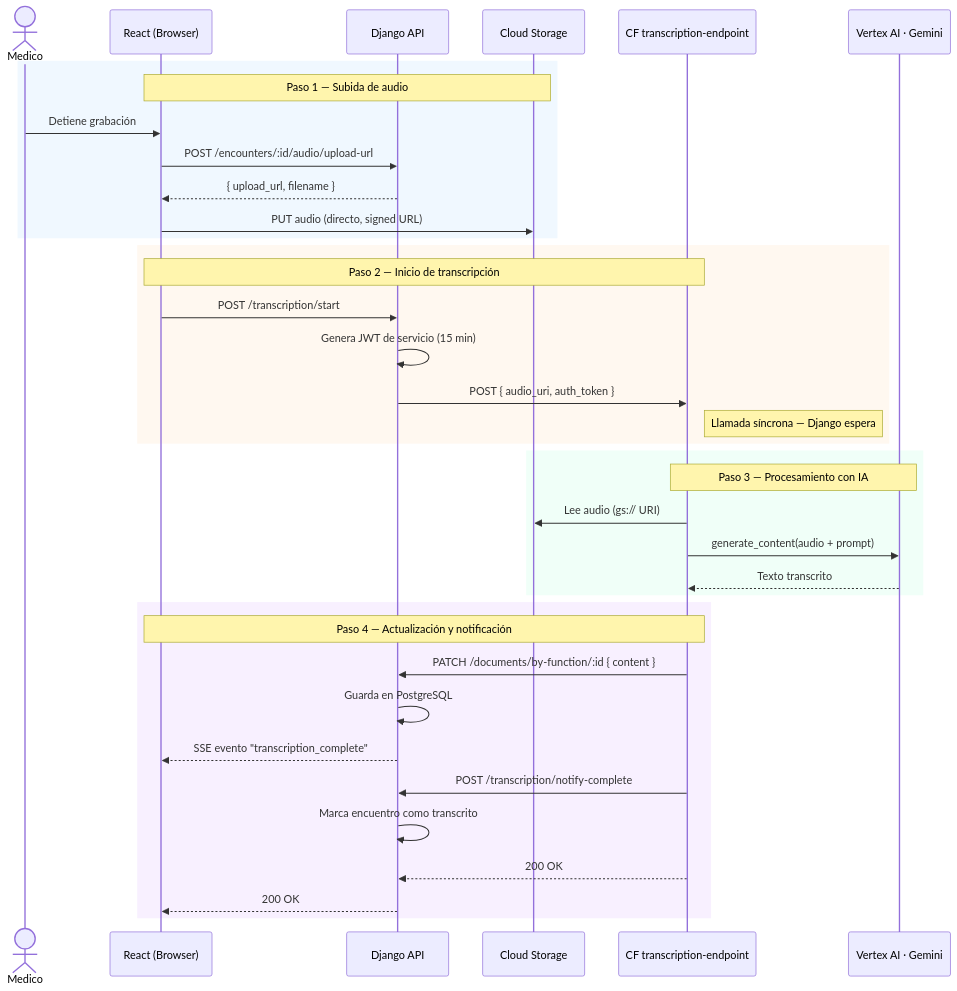
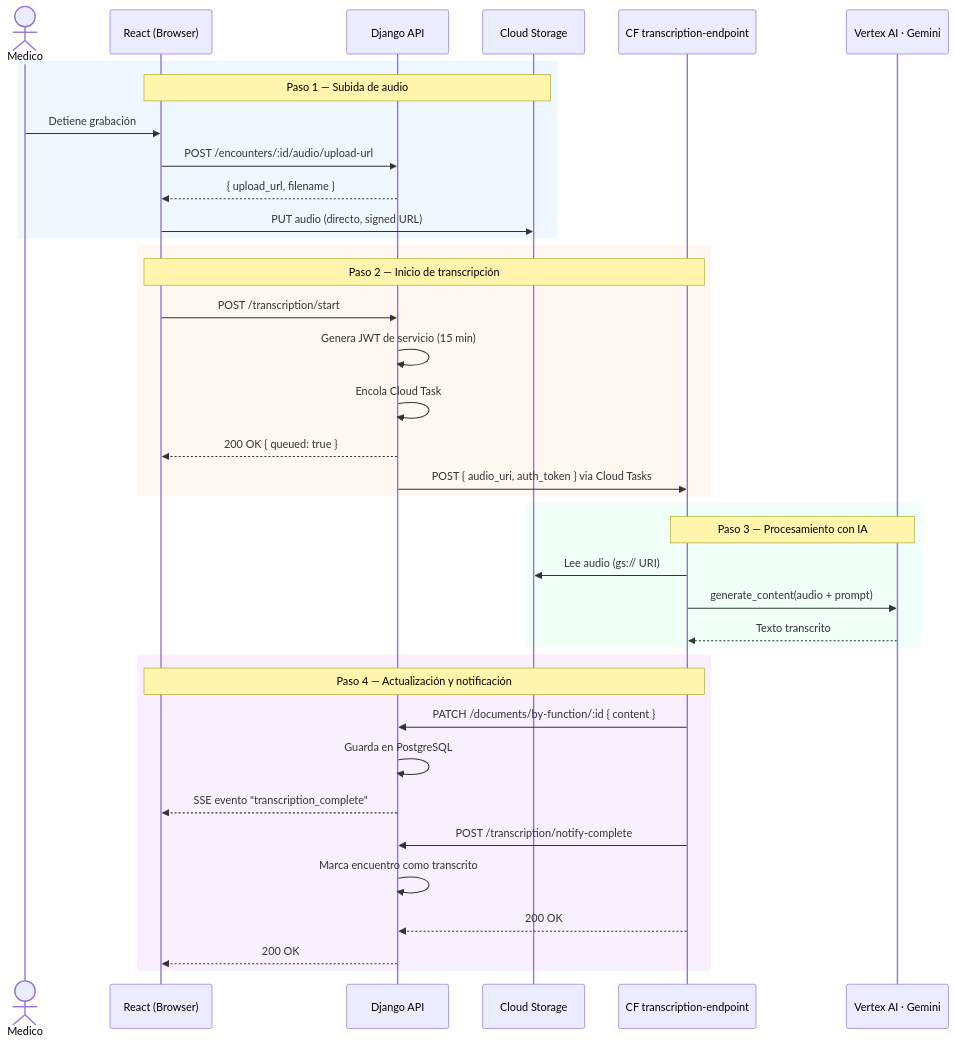
Before and after one commit to Jmoreno844/medical-ai-webapp: the second of 3 diagrams in docs/architecture/system-overview.md, drawn with Mermaid. The commit also changed other lines of this file and 41 other files, not shown here.

Commit message:
Harden stg infrastructure and async transcription flow

````diff
--- a/docs/architecture/system-overview.md
+++ b/docs/architecture/system-overview.md
@@ -53,43 +53,44 @@
 ```mermaid
 sequenceDiagram
     actor Medico
     participant Browser as React (Browser)
     participant Django as Django API
     participant GCS as Cloud Storage
     participant CF as CF transcription-endpoint
     participant Gemini as Vertex AI · Gemini
 
     rect rgb(240, 248, 255)
         note over Browser,GCS: Paso 1 — Subida de audio
         Medico->>Browser: Detiene grabación
         Browser->>Django: POST /encounters/:id/audio/upload-url
         Django-->>Browser: { upload_url, filename }
         Browser->>GCS: PUT audio (directo, signed URL)
     end
 
     rect rgb(255, 248, 240)
         note over Browser,CF: Paso 2 — Inicio de transcripción
         Browser->>Django: POST /transcription/start
         Django->>Django: Genera JWT de servicio (15 min)
-        Django->>CF: POST { audio_uri, auth_token }
-        note right of CF: Llamada síncrona — Django espera
+        Django->>Django: Encola Cloud Task
+        Django-->>Browser: 200 OK { queued: true }
+        Django->>CF: POST { audio_uri, auth_token } via Cloud Tasks
     end
 
     rect rgb(240, 255, 248)
         note over CF,Gemini: Paso 3 — Procesamiento con IA
         CF->>GCS: Lee audio (gs:// URI)
         CF->>Gemini: generate_content(audio + prompt)
         Gemini-->>CF: Texto transcrito
     end
 
     rect rgb(248, 240, 255)
         note over CF,Browser: Paso 4 — Actualización y notificación
         CF->>Django: PATCH /documents/by-function/:id { content }
         Django->>Django: Guarda en PostgreSQL
         Django-->>Browser: SSE evento "transcription_complete"
         CF->>Django: POST /transcription/notify-complete
         Django->>Django: Marca encuentro como transcrito
         CF-->>Django: 200 OK
         Django-->>Browser: 200 OK
     end
 ```
````
